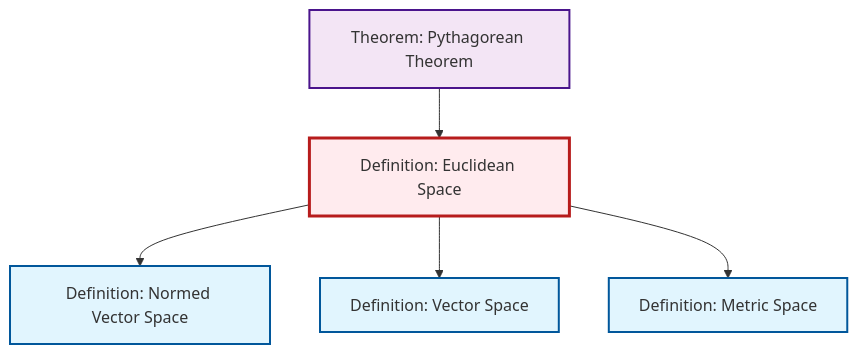
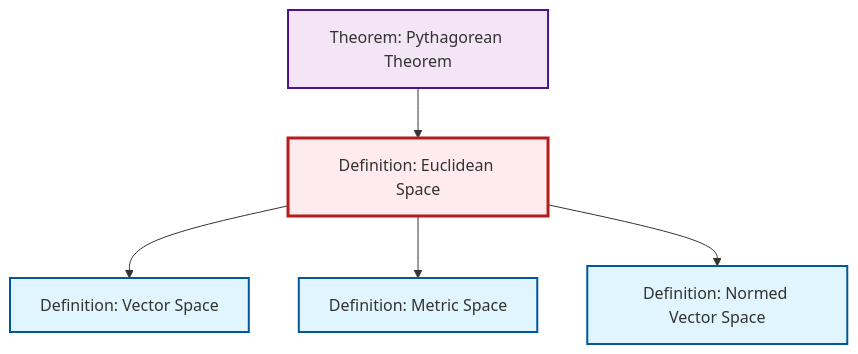
Before and after one commit to RK0429/ModernMath: the diagram in output/mermaid/def-euclidean-space.mermaid, drawn with Mermaid. The commit also changed other lines of this file and 619 other files, not shown here.

```diff
--- a/output/mermaid/def-euclidean-space.mermaid
+++ b/output/mermaid/def-euclidean-space.mermaid
@@ -1,17 +1,17 @@
 %%| fig-cap: "Local dependency graph"
 graph TD
     classDef definition fill:#e1f5fe,stroke:#01579b,stroke-width:2px
     classDef theorem fill:#f3e5f5,stroke:#4a148c,stroke-width:2px
     classDef axiom fill:#fff3e0,stroke:#e65100,stroke-width:2px
     classDef example fill:#e8f5e9,stroke:#1b5e20,stroke-width:2px
     classDef current fill:#ffebee,stroke:#b71c1c,stroke-width:3px
+    def-metric-space["Definition: Metric Space"]:::definition
+    thm-pythagorean["Theorem: Pythagorean Theorem"]:::theorem
     def-euclidean-space["Definition: Euclidean Space"]:::definition
+    def-normed-vector-space["Definition: Normed Vector Space"]:::definition
     def-vector-space["Definition: Vector Space"]:::definition
-    thm-pythagorean["Theorem: Pythagorean Theorem"]:::theorem
-    def-metric-space["Definition: Metric Space"]:::definition
-    def-normed-vector-space["Definition: Normed Vector Space"]:::definition
+    def-euclidean-space --> def-vector-space
     thm-pythagorean --> def-euclidean-space
+    def-euclidean-space --> def-metric-space
     def-euclidean-space --> def-normed-vector-space
-    def-euclidean-space --> def-vector-space
-    def-euclidean-space --> def-metric-space
     class def-euclidean-space current
```
